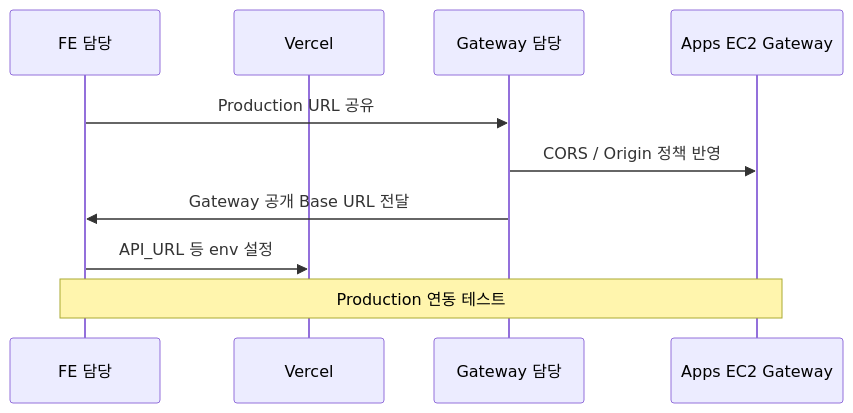
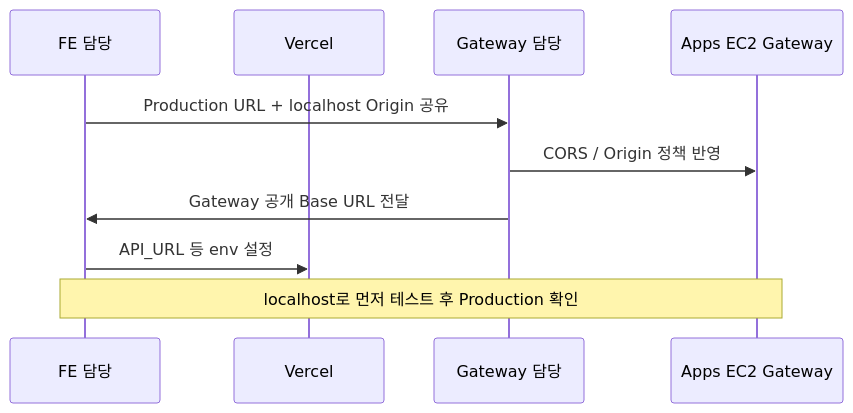
One commit to SpartaValueHub/ValueHub-FE changed the fourth of 6 diagrams in docs/vercel-deploy-team-notice.md. Above: the diagram before and after it, drawn with Mermaid. The commit also changed other lines of this file, not shown here.

Commit message:
docs: merge 전 테스트는 localhost, develop Preview 흐름 제거

````diff
--- a/docs/vercel-deploy-team-notice.md
+++ b/docs/vercel-deploy-team-notice.md
@@ -145,13 +177,13 @@
 ```mermaid
 sequenceDiagram
   participant FE as FE 담당
   participant V as Vercel
   participant GW as Gateway 담당
   participant EC2 as Apps EC2 Gateway
 
-  FE->>GW: Production URL 공유
+  FE->>GW: Production URL + localhost Origin 공유
   GW->>EC2: CORS / Origin 정책 반영
   GW->>FE: Gateway 공개 Base URL 전달
   FE->>V: API_URL 등 env 설정
-  Note over FE,EC2: Production 연동 테스트
+  Note over FE,EC2: localhost로 먼저 테스트 후 Production 확인
 ```
````
